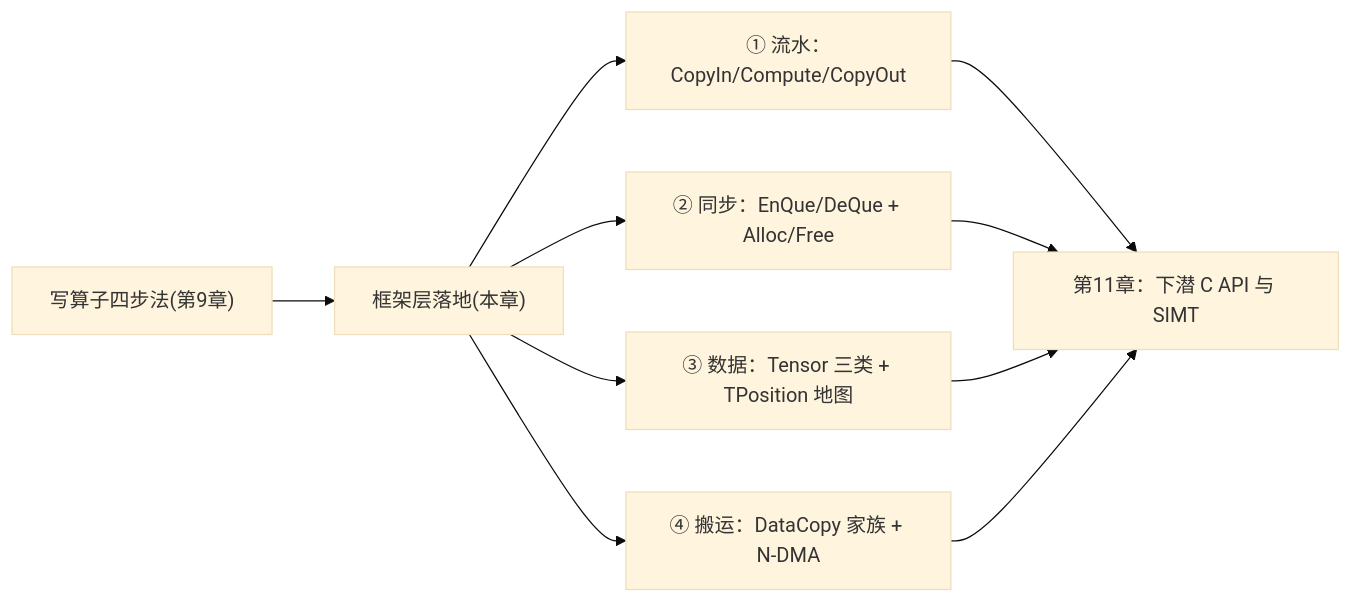
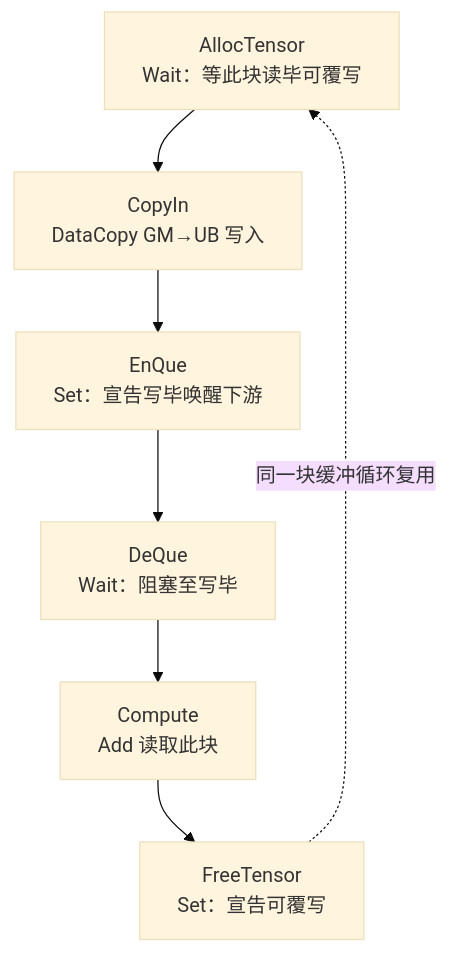
Before and after one commit to hb4ch/ascend-book: the fourth of 4 diagrams in docs/03-ascendc/ch10-core-programming.md, drawn with Mermaid (base theme). The commit also changed other lines of this file and 1 other file, not shown here.

````diff
--- a/docs/03-ascendc/ch10-core-programming.md
+++ b/docs/03-ascendc/ch10-core-programming.md
@@ -247,9 +285,9 @@
 ```mermaid
-flowchart LR
-    A["写算子四步法(第9章)"] --> B["框架层落地(本章)"]
-    B --> C["① 流水：CopyIn/Compute/CopyOut"]
-    B --> D["② 同步：EnQue/DeQue + Alloc/Free"]
-    B --> E["③ 数据：Tensor 三类 + TPosition 地图"]
-    B --> F["④ 搬运：DataCopy 家族 + N-DMA"]
-    C & D & E & F --> G["第11章：下潜 C API 与 SIMT"]
+flowchart TB
+    AL["AllocTensor<br/>Wait：等此块读毕可覆写"] --> CP["CopyIn<br/>DataCopy GM→UB 写入"]
+    CP --> EQ["EnQue<br/>Set：宣告写毕唤醒下游"]
+    EQ --> DQ["DeQue<br/>Wait：阻塞至写毕"]
+    DQ --> USE["Compute<br/>Add 读取此块"]
+    USE --> FR["FreeTensor<br/>Set：宣告可覆写"]
+    FR -.同一块缓冲循环复用.-> AL
 ```
````
